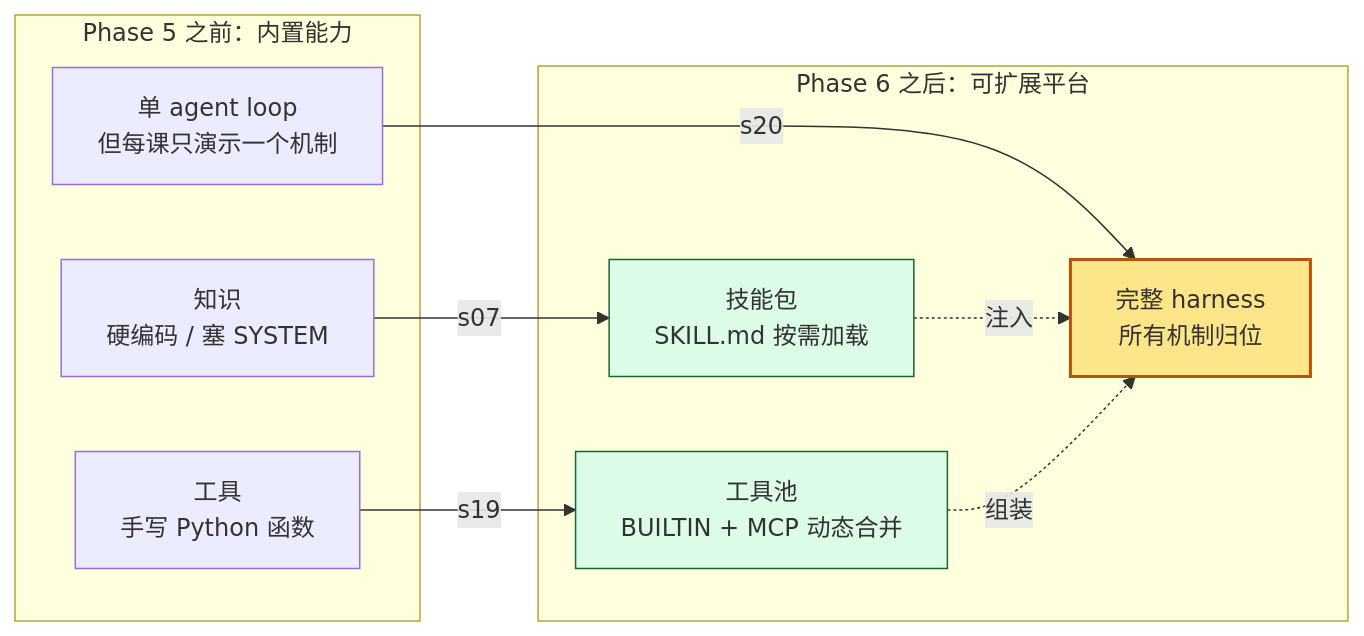
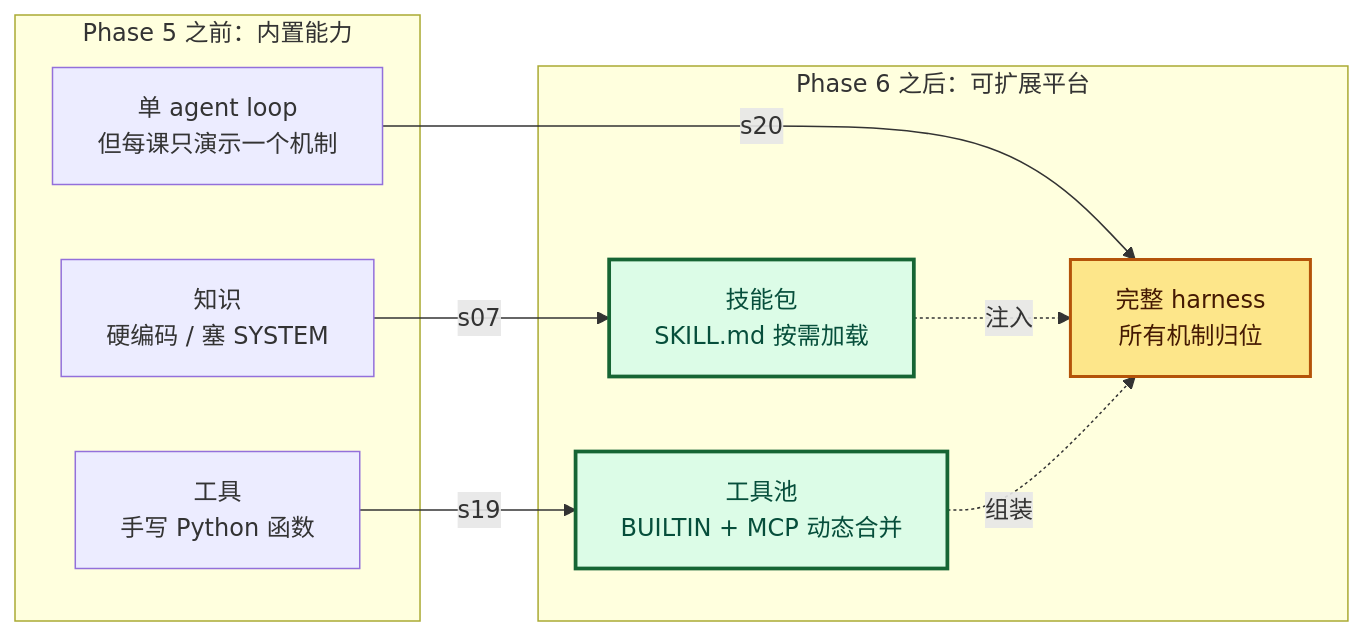
The first of 2 diagrams in Agent/Harness/Claude Code/Phase 6 - 扩展与组装/00 - 综合总结.md (PyrePuin/From-Zero-LLM-Agent-Infra-Notes), drawn with Mermaid before and after one commit. The commit also changed other lines of this file and 23 other files, not shown here.

First line of the commit message:
refactor(mermaid): 统一所有图的视觉规范

````diff
--- a/Agent/Harness/Claude Code/Phase 6 - 扩展与组装/00 - 综合总结.md
+++ b/Agent/Harness/Claude Code/Phase 6 - 扩展与组装/00 - 综合总结.md
@@ -76,21 +76,22 @@
 ```mermaid
+%%{init: {'themeVariables': {'fontSize': '16px', 'fontFamily': 'ui-sans-serif, system-ui, -apple-system, "Segoe UI", Roboto, sans-serif'}}}%%
 flowchart LR
     subgraph Before["Phase 5 之前：内置能力"]
         K1["知识<br/>硬编码 / 塞 SYSTEM"]
         T1["工具<br/>手写 Python 函数"]
         A1["单 agent loop<br/>但每课只演示一个机制"]
     end
     subgraph After["Phase 6 之后：可扩展平台"]
         K2["技能包<br/>SKILL.md 按需加载"]
         T2["工具池<br/>BUILTIN + MCP 动态合并"]
         A2["完整 harness<br/>所有机制归位"]
     end
     K1 -->|"s07"| K2
     T1 -->|"s19"| T2
     A1 -->|"s20"| A2
     K2 -.->|"注入"| A2
     T2 -.->|"组装"| A2
-    style K2 fill:#dcfce7,stroke:#166534
-    style T2 fill:#dcfce7,stroke:#166534
-    style A2 fill:#fde68a,stroke:#b45309,stroke-width:2px
+    style K2 fill:#dcfce7,stroke:#166534,stroke-width:2.5px,color:#064e3b
+    style T2 fill:#dcfce7,stroke:#166534,stroke-width:2.5px,color:#064e3b
+    style A2 fill:#fde68a,stroke:#b45309,stroke-width:2px,color:#451a03
 ```
````
